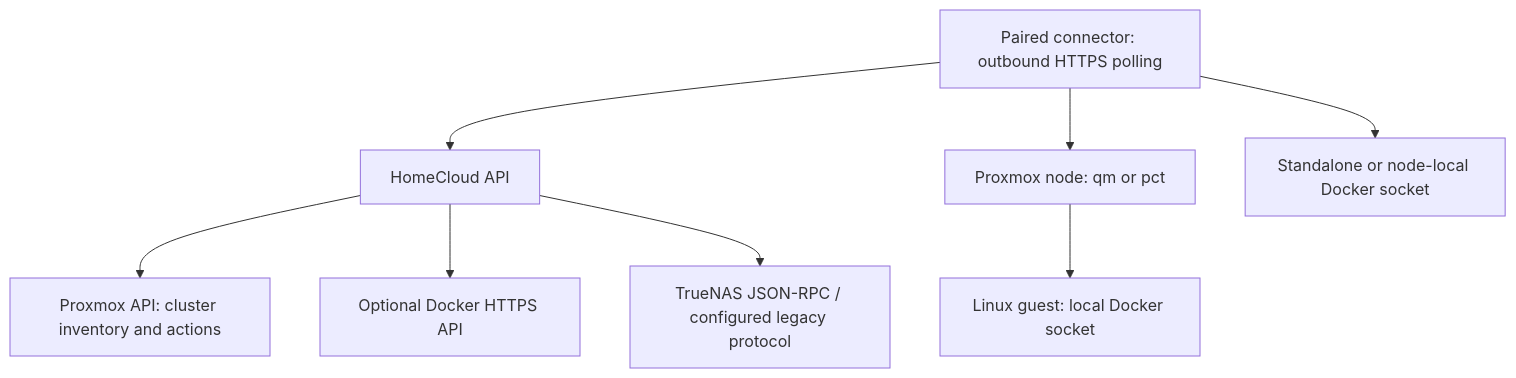
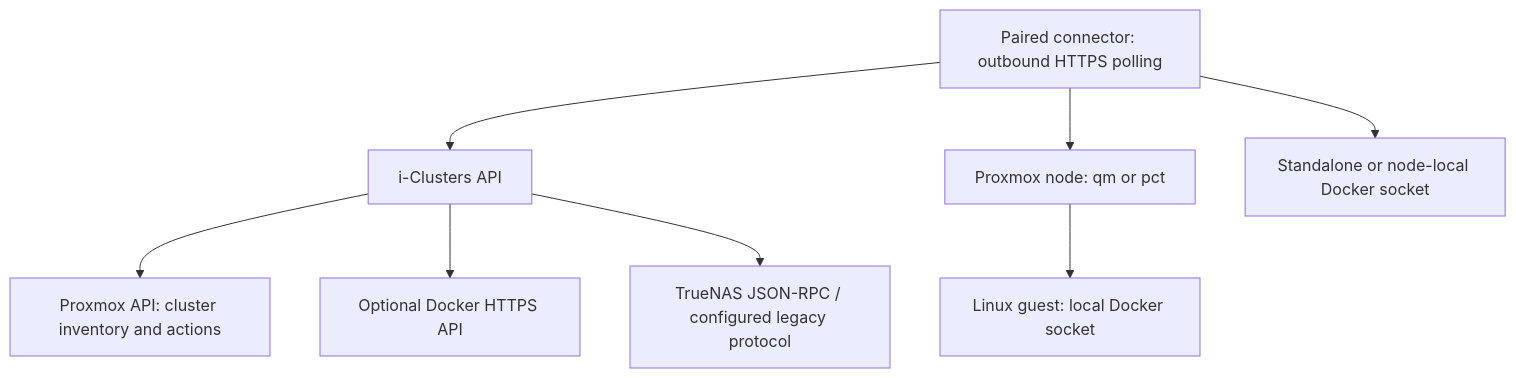
Before and after one commit to theadekola/homecloud-hub: the second of 3 diagrams in docs/architecture.md, drawn with Mermaid. The commit also changed other lines of this file and 182 other files, not shown here.

````diff
--- a/docs/architecture.md
+++ b/docs/architecture.md
@@ -22,10 +22,10 @@
 ```mermaid
 flowchart TB
-    API["HomeCloud API"] --> PVE["Proxmox API: cluster inventory and actions"]
+    API["i-Clusters API"] --> PVE["Proxmox API: cluster inventory and actions"]
     API --> Direct["Optional Docker HTTPS API"]
     API --> NAS["TrueNAS JSON-RPC / configured legacy protocol"]
     Agent["Paired connector: outbound HTTPS polling"] --> API
     Agent --> Node["Proxmox node: qm or pct"]
     Node --> Guest["Linux guest: local Docker socket"]
     Agent --> Local["Standalone or node-local Docker socket"]
 ```
````
